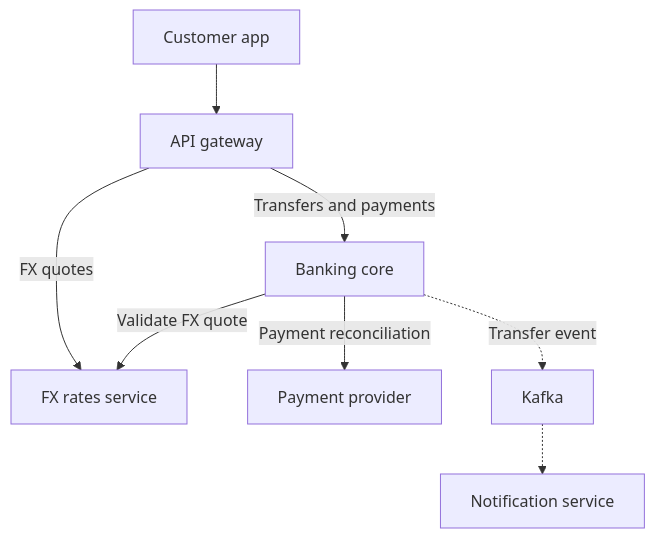
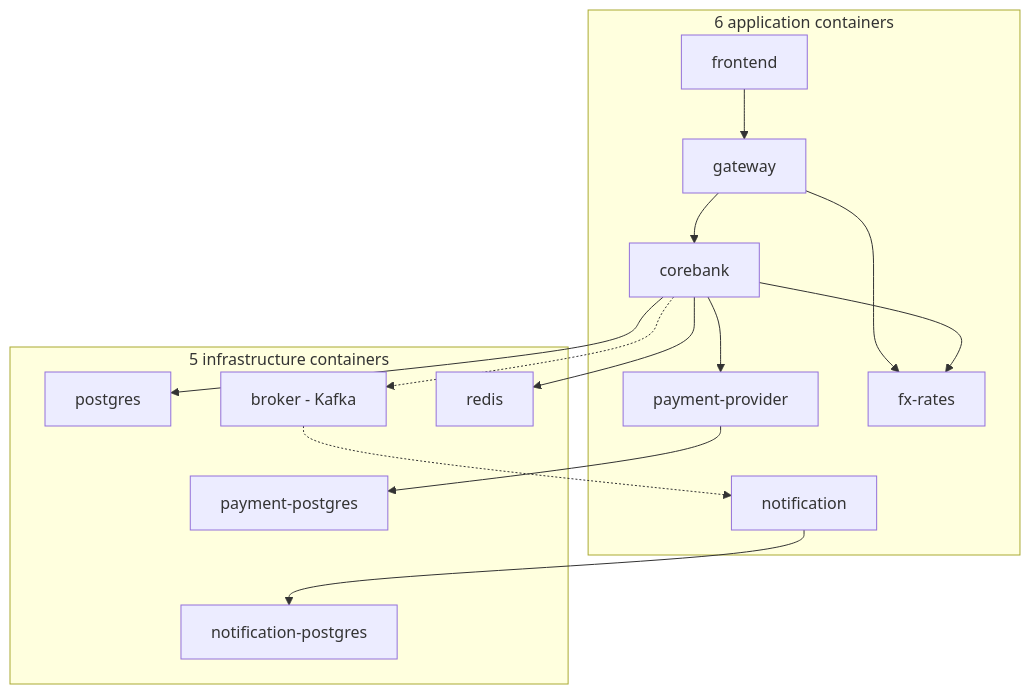
One commit to BenerKaraca/Money_Transfer changed the second of 2 diagrams in README.md. Above: the diagram before and after it, drawn with Mermaid. The commit also changed other lines of this file, not shown here.

Commit message:
Show all eleven Compose components in service diagram

````diff
--- a/README.md
+++ b/README.md
@@ -83,10 +69,29 @@
 ```mermaid
 flowchart TB
-    APP[Customer app] --> GW[API gateway]
-    GW -->|Transfers and payments| CORE[Banking core]
-    GW -->|FX quotes| FX[FX rates service]
-    CORE -->|Payment reconciliation| PAY[Payment provider]
-    CORE -->|Validate FX quote| FX
-    CORE -.->|Transfer event| KAFKA[Kafka]
-    KAFKA -.-> NOTIFY[Notification service]
+    subgraph APPS["6 application containers"]
+        UI[frontend]
+        GW[gateway]
+        CORE[corebank]
+        PAY[payment-provider]
+        FX[fx-rates]
+        NOTIFY[notification]
+    end
+    subgraph INFRA["5 infrastructure containers"]
+        DB[postgres]
+        PDB[payment-postgres]
+        NDB[notification-postgres]
+        KAFKA[broker - Kafka]
+        REDIS[redis]
+    end
+    UI --> GW
+    GW --> CORE
+    GW --> FX
+    CORE --> PAY
+    CORE --> FX
+    CORE -.-> KAFKA
+    KAFKA -.-> NOTIFY
+    CORE --> DB
+    PAY --> PDB
+    NOTIFY --> NDB
+    CORE --> REDIS
 ```
````
